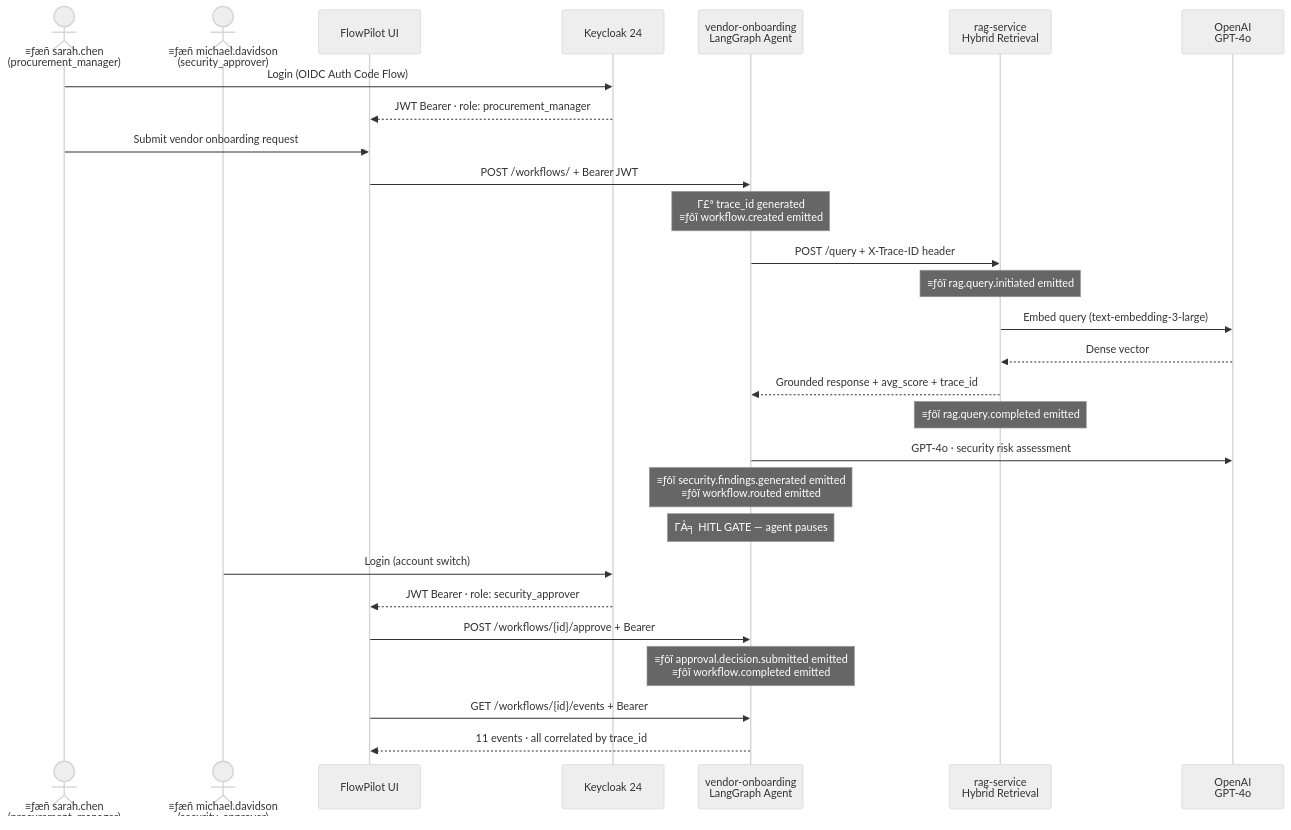
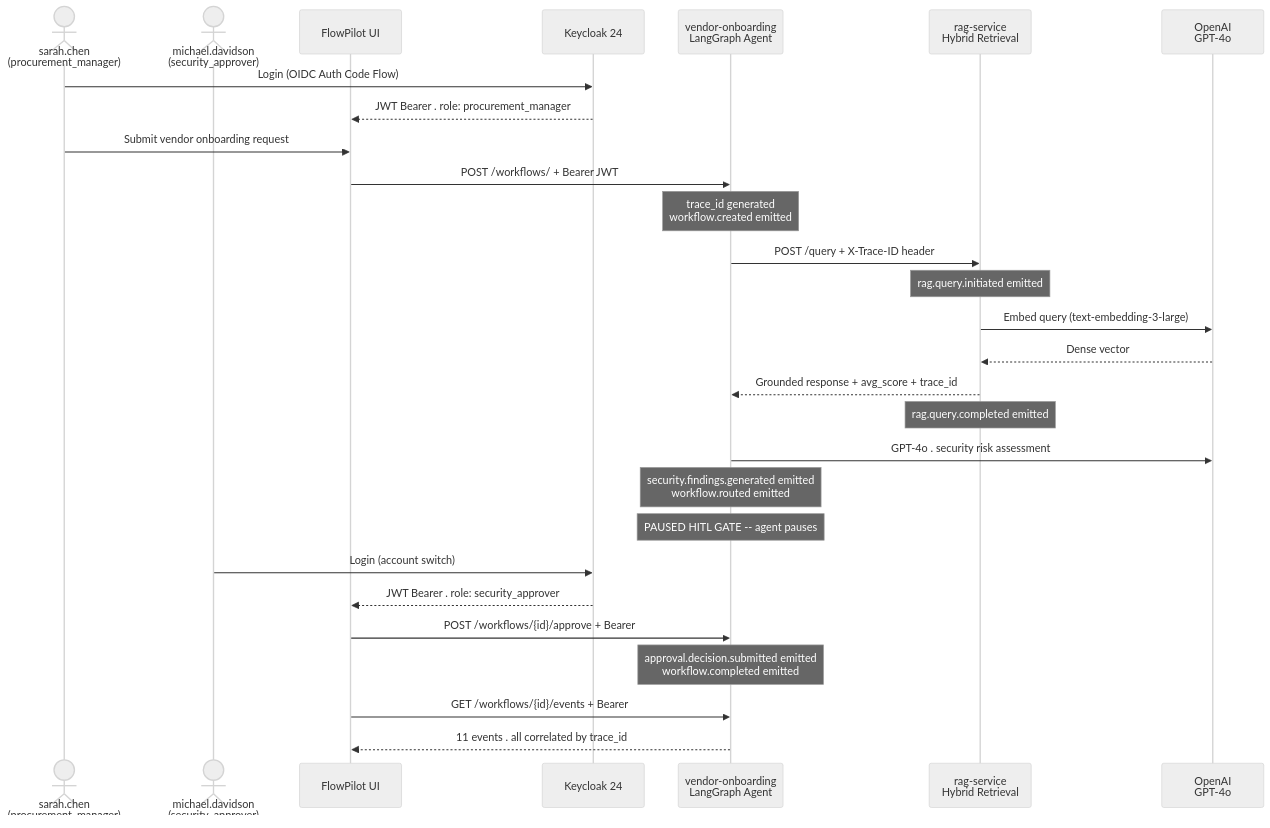
Before and after one commit to nitindra-soekhai/flowpilot-docs: the fourth of 4 diagrams in README.md, drawn with Mermaid (neutral theme). The commit also changed other lines of this file, not shown here.

Commit message:
docs: correct section order + all encoding fixed

````diff
--- a/README.md
+++ b/README.md
@@ -377,31 +376,31 @@
 ```mermaid
 sequenceDiagram
-    actor Sarah as ≡ƒæñ sarah.chen<br/>(procurement_manager)
-    actor Michael as ≡ƒæñ michael.davidson<br/>(security_approver)
-    participant UI as FlowPilot UI
-    participant KC as Keycloak 24
-    participant AGENT as vendor-onboarding<br/>LangGraph Agent
-    participant RAG as rag-service<br/>Hybrid Retrieval
-    participant OAI as OpenAI<br/>GPT-4o
+ actor Sarah as sarah.chen<br/>(procurement_manager)
+ actor Michael as michael.davidson<br/>(security_approver)
+ participant UI as FlowPilot UI
+ participant KC as Keycloak 24
+ participant AGENT as vendor-onboarding<br/>LangGraph Agent
+ participant RAG as rag-service<br/>Hybrid Retrieval
+ participant OAI as OpenAI<br/>GPT-4o
 
-    Sarah->>KC: Login (OIDC Auth Code Flow)
-    KC-->>UI: JWT Bearer · role: procurement_manager
-    Sarah->>UI: Submit vendor onboarding request
-    UI->>AGENT: POST /workflows/ + Bearer JWT
-    Note over AGENT: Γ£ª trace_id generated<br/>≡ƒôï workflow.created emitted
-    AGENT->>RAG: POST /query + X-Trace-ID header
-    Note over RAG: ≡ƒôï rag.query.initiated emitted
-    RAG->>OAI: Embed query (text-embedding-3-large)
-    OAI-->>RAG: Dense vector
-    RAG-->>AGENT: Grounded response + avg_score + trace_id
-    Note over RAG: ≡ƒôï rag.query.completed emitted
-    AGENT->>OAI: GPT-4o · security risk assessment
-    Note over AGENT: ≡ƒôï security.findings.generated emitted<br/>≡ƒôï workflow.routed emitted
-    Note over AGENT: ΓÅ╕ HITL GATE — agent pauses
-    Michael->>KC: Login (account switch)
-    KC-->>UI: JWT Bearer · role: security_approver
-    UI->>AGENT: POST /workflows/{id}/approve + Bearer
-    Note over AGENT: ≡ƒôï approval.decision.submitted emitted<br/>≡ƒôï workflow.completed emitted
-    UI->>AGENT: GET /workflows/{id}/events + Bearer
-    AGENT-->>UI: 11 events · all correlated by trace_id
+ Sarah->>KC: Login (OIDC Auth Code Flow)
+ KC-->>UI: JWT Bearer . role: procurement_manager
+ Sarah->>UI: Submit vendor onboarding request
+ UI->>AGENT: POST /workflows/ + Bearer JWT
+ Note over AGENT: trace_id generated<br/> workflow.created emitted
+ AGENT->>RAG: POST /query + X-Trace-ID header
+ Note over RAG: rag.query.initiated emitted
+ RAG->>OAI: Embed query (text-embedding-3-large)
+ OAI-->>RAG: Dense vector
+ RAG-->>AGENT: Grounded response + avg_score + trace_id
+ Note over RAG: rag.query.completed emitted
+ AGENT->>OAI: GPT-4o . security risk assessment
+ Note over AGENT: security.findings.generated emitted<br/> workflow.routed emitted
+ Note over AGENT: PAUSED HITL GATE -- agent pauses
+ Michael->>KC: Login (account switch)
+ KC-->>UI: JWT Bearer . role: security_approver
+ UI->>AGENT: POST /workflows/{id}/approve + Bearer
+ Note over AGENT: approval.decision.submitted emitted<br/> workflow.completed emitted
+ UI->>AGENT: GET /workflows/{id}/events + Bearer
+ AGENT-->>UI: 11 events . all correlated by trace_id
 ```
````
